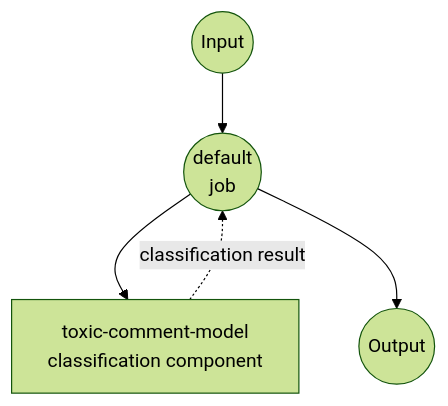
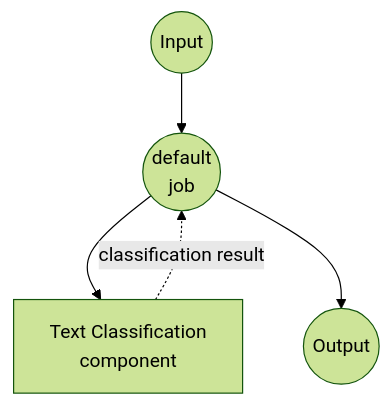
Before and after one commit to hanyeol/model-compose: the diagram in examples/model-tasks/text-classification/README.md, drawn with Mermaid (forest theme). The commit also changed other lines of this file and 24 other files, not shown here.

````diff
--- a/examples/model-tasks/text-classification/README.md
+++ b/examples/model-tasks/text-classification/README.md
@@ -107,16 +109,16 @@
 ```mermaid
 graph TD
     %% Default job (implicit)
     J1((default<br/>job))
 
     %% Component
-    C1[toxic-comment-model<br/>classification component]
+    C1[Text Classification<br/>component]
 
     %% Job to component connections (solid: invokes, dotted: returns)
     J1 --> C1
     C1 -.-> |classification result| J1
 
     %% Input/Output
     Input((Input)) --> J1
     J1 --> Output((Output))
 ```
````
